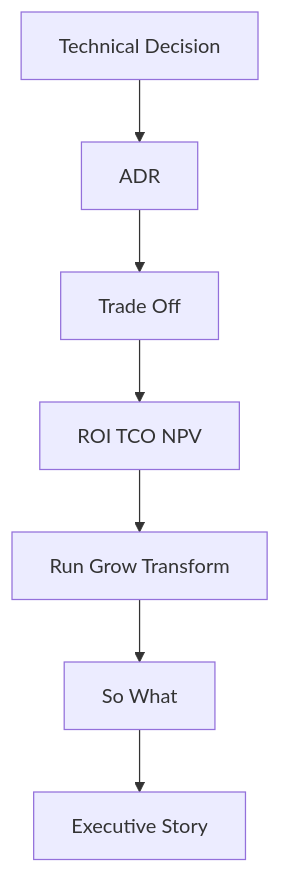
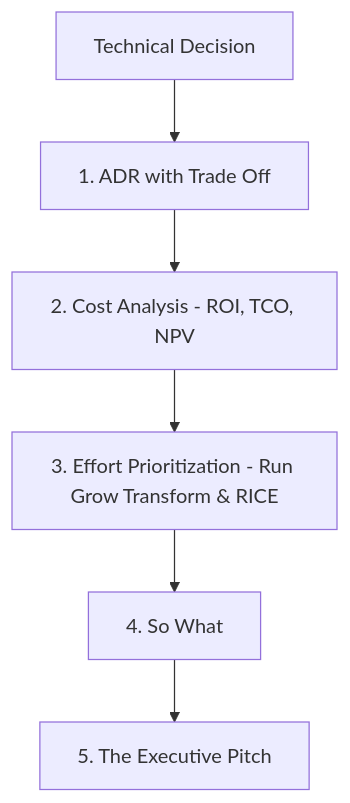
One commit to senthilkumarm1901/learn_by_blogging changed the tenth of 10 diagrams in posts/path_to_architect/final_blog.qmd. Above: the diagram before and after it, drawn with Mermaid. The commit also changed other lines of this file, not shown here.

````diff
--- a/posts/path_to_architect/final_blog.qmd
+++ b/posts/path_to_architect/final_blog.qmd
@@ -313,12 +313,11 @@
 ```{mermaid}
 flowchart TB
     A[Technical Decision]
-    B[ADR]
-    C[Trade Off]
-    D[ROI TCO NPV]
-    E[Run Grow Transform]
-    F[So What]
-    G[Executive Story]
+    B[1. ADR with Trade Off]
+    D[2. Cost Analysis - ROI, TCO, NPV]
+    E[3. Effort Prioritization - Run Grow Transform & RICE]
+    F[4. So What]
+    G[5. The Executive Pitch]
 
-    A --> B --> C --> D --> E --> F --> G
+    A --> B --> D --> E --> F --> G
 ```
````
